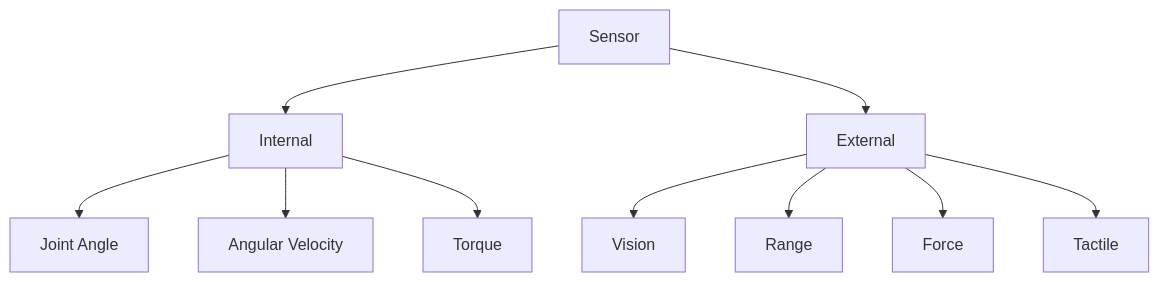
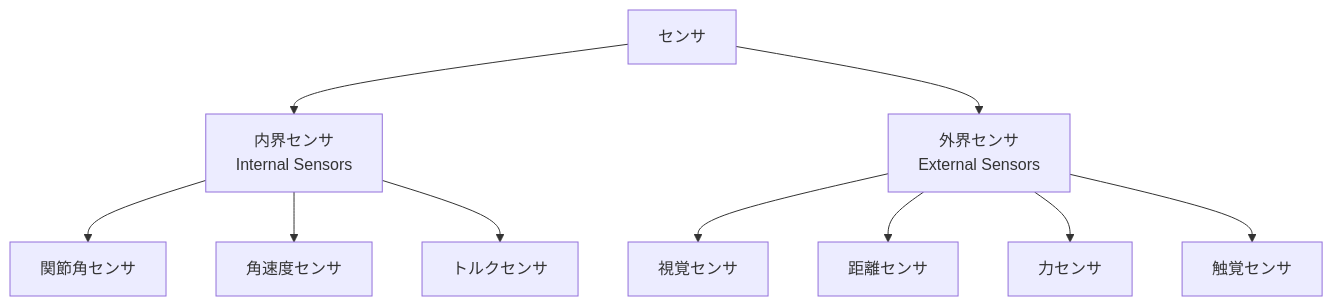
Before and after one commit to fit-ime-cao/keisoku-kogaku: the first of 4 diagrams in docs/weeks/week-01.md, drawn with Mermaid. The commit also changed other lines of this file and 2 other files, not shown here.

````diff
--- a/docs/weeks/week-01.md
+++ b/docs/weeks/week-01.md
@@ -75,12 +161,14 @@
 ```mermaid
 graph TD
-    A[Sensor] --> B[Internal]
-    A --> C[External]
-    B --> D[Joint Angle]
-    B --> E[Angular Velocity]
-    B --> F[Torque]
-    C --> G[Vision]
-    C --> H[Range]
-    C --> I[Force]
-    C --> J[Tactile]
+    A[センサ] --> B[内界センサ<br>Internal Sensors]
+    A --> C[外界センサ<br>External Sensors]
+    
+    B --> D[関節角センサ]
+    B --> E[角速度センサ]
+    B --> F[トルクセンサ]
+    
+    C --> G[視覚センサ]
+    C --> H[距離センサ]
+    C --> I[力センサ]
+    C --> J[触覚センサ]
 ```
````
